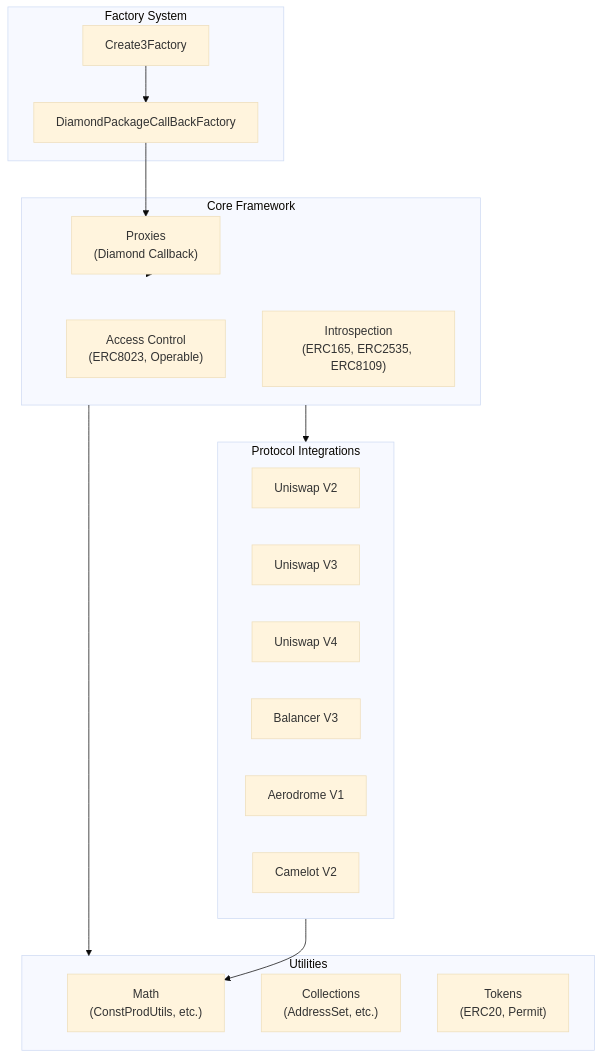
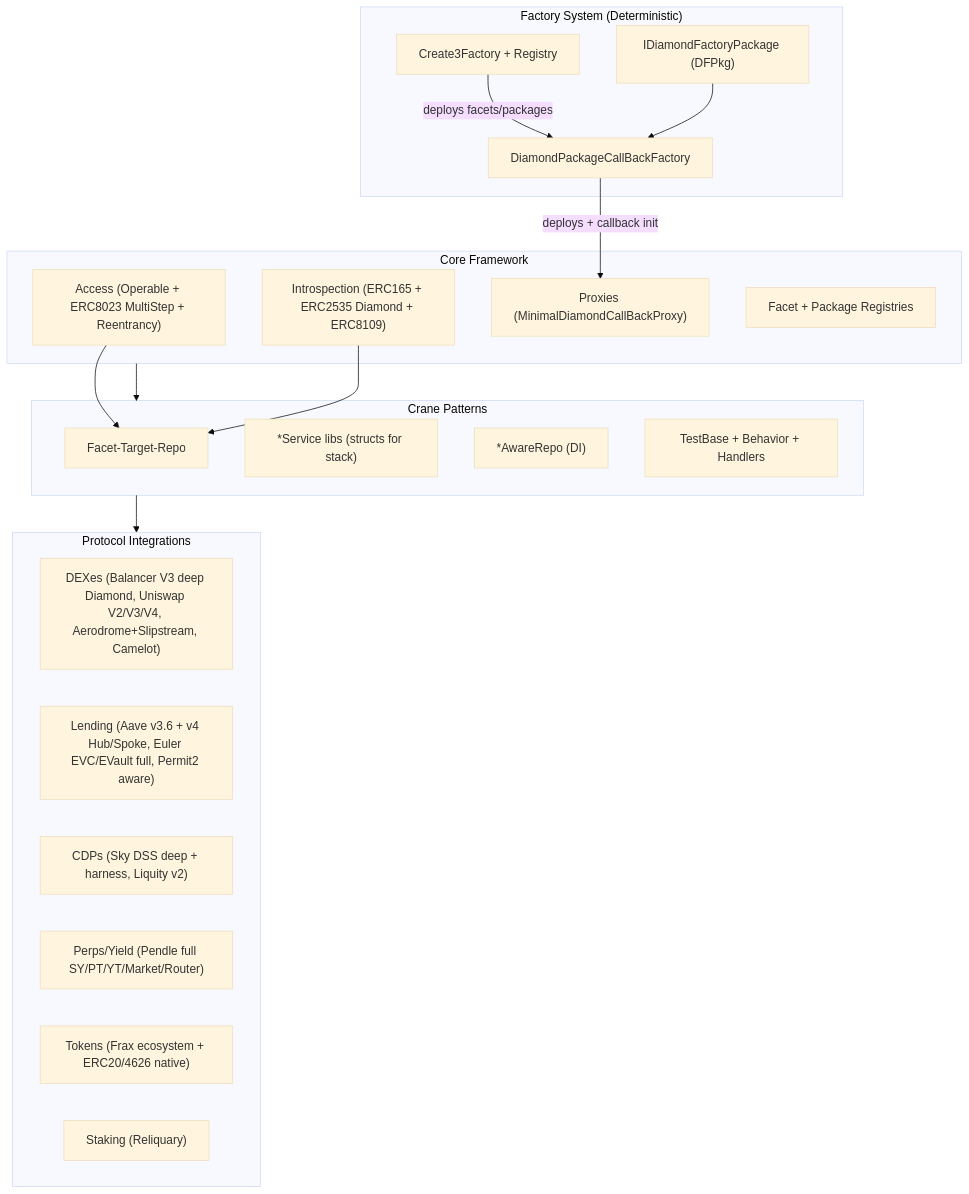
The diagram in docs/CODEBASE_MAP.md (cyotee/crane), drawn with Mermaid (base theme) before and after one commit. The commit also changed other lines of this file and 22255 other files, not shown here.

````diff
--- a/docs/CODEBASE_MAP.md
+++ b/docs/CODEBASE_MAP.md
@@ -15,35 +17,38 @@
 ```mermaid
 graph TB
-    subgraph Factories["Factory System"]
-        Create3["Create3Factory"]
+    subgraph Factories["Factory System (Deterministic)"]
+        Create3["Create3Factory + Registry"]
         DiamondFactory["DiamondPackageCallBackFactory"]
+        DFPkg["IDiamondFactoryPackage (DFPkg)"]
     end
 
     subgraph Core["Core Framework"]
-        Access["Access Control<br/>(ERC8023, Operable)"]
-        Introspection["Introspection<br/>(ERC165, ERC2535, ERC8109)"]
-        Proxy["Proxies<br/>(Diamond Callback)"]
+        Access["Access (Operable + ERC8023 MultiStep + Reentrancy)"]
+        Introspection["Introspection (ERC165 + ERC2535 Diamond + ERC8109)"]
+        Proxy["Proxies (MinimalDiamondCallBackProxy)"]
+        Registries["Facet + Package Registries"]
+    end
+
+    subgraph Patterns["Crane Patterns"]
+        FTR["Facet-Target-Repo"]
+        Service["*Service libs (structs for stack)"]
+        Aware["*AwareRepo (DI)"]
+        Test["TestBase + Behavior + Handlers"]
     end
 
     subgraph Protocols["Protocol Integrations"]
-        UniswapV2["Uniswap V2"]
-        UniswapV3["Uniswap V3"]
-        UniswapV4["Uniswap V4"]
-        Balancer["Balancer V3"]
-        Aerodrome["Aerodrome V1"]
-        Camelot["Camelot V2"]
+        DEX["DEXes (Balancer V3 deep Diamond, Uniswap V2/V3/V4, Aerodrome+Slipstream, Camelot)"]
+        Lend["Lending (Aave v3.6 + v4 Hub/Spoke, Euler EVC/EVault full, Permit2 aware)"]
+        CDP["CDPs (Sky DSS deep + harness, Liquity v2)"]
+        Perp["Perps/Yield (Pendle full SY/PT/YT/Market/Router)"]
+        Token["Tokens (Frax ecosystem + ERC20/4626 native)"]
+        Stake["Staking (Reliquary)"]
     end
 
-    subgraph Utils["Utilities"]
-        Math["Math<br/>(ConstProdUtils, etc.)"]
-        Collections["Collections<br/>(AddressSet, etc.)"]
-        Tokens["Tokens<br/>(ERC20, Permit)"]
-    end
-
-    Create3 --> DiamondFactory
-    DiamondFactory --> Proxy
-    Proxy --> Core
-    Core --> Protocols
-    Core --> Utils
-    Protocols --> Math
+    Create3 -->|deploys facets/packages| DiamondFactory
+    DiamondFactory -->|deploys + callback init| Proxy
+    DFPkg --> DiamondFactory
+    Core --> Patterns
+    Patterns --> Protocols
+    Access & Introspection --> FTR
 ```
````
